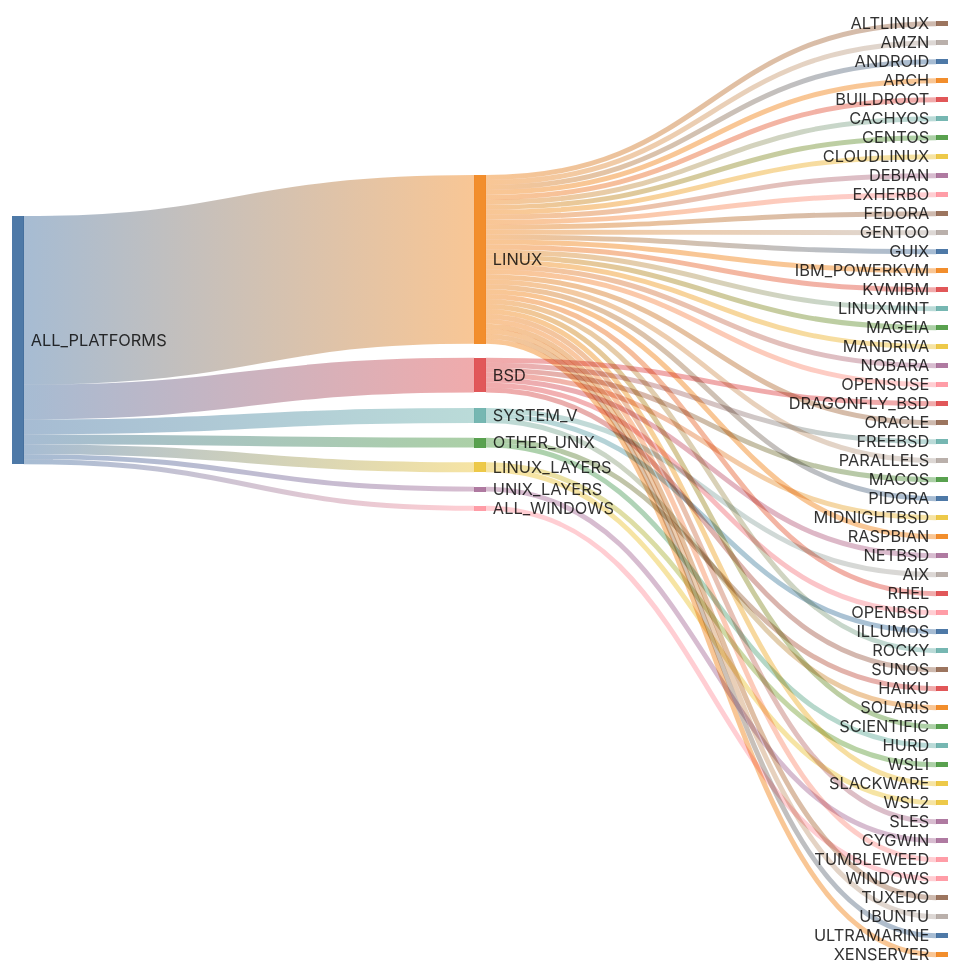
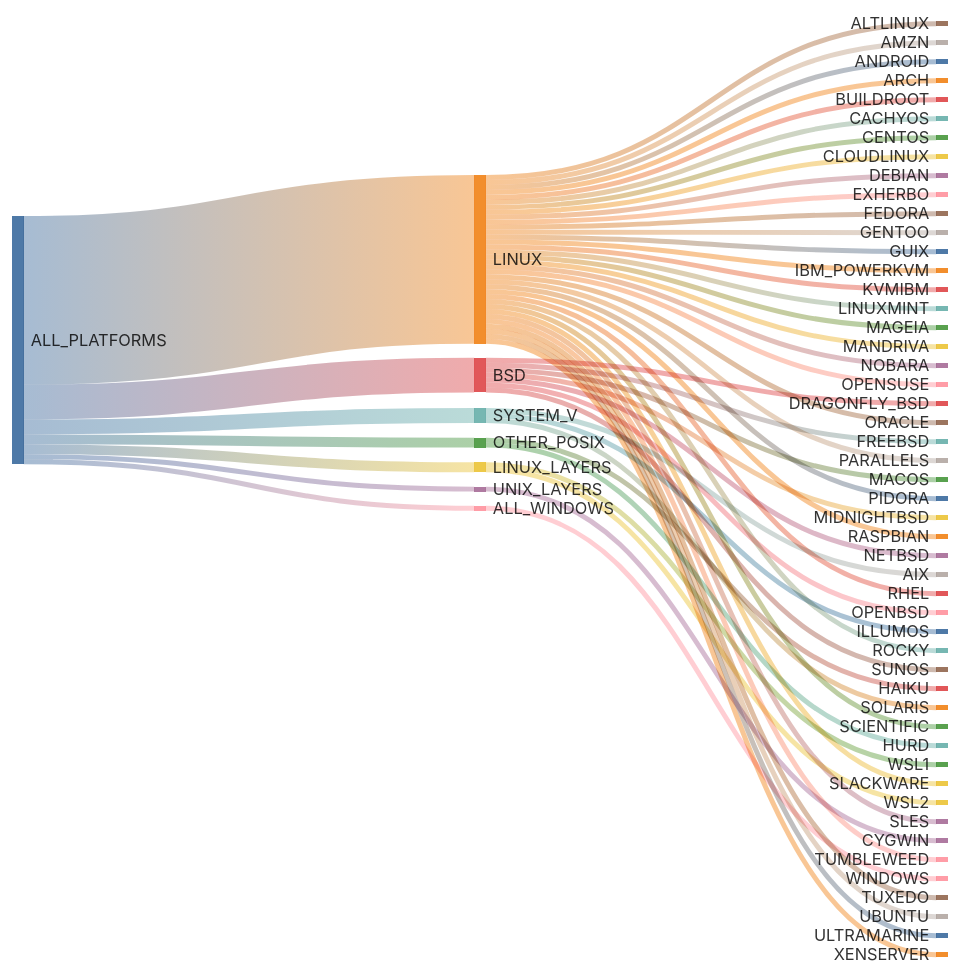
The first of 2 diagrams in docs/platforms.md (kdeldycke/extra-platforms), drawn with Mermaid before and after one commit. The commit also changed other lines of this file and 10 other files, not shown here.

Commit message:
Rename `OTHER_UNIX` to `OTHER_POSIX`

````diff
--- a/docs/platforms.md
+++ b/docs/platforms.md
@@ -148,64 +148,64 @@
 ```mermaid
 ---
 config: {"sankey": {"showValues": false, "width": 800, "height": 800}}
 ---
 sankey-beta
 
 ALL_PLATFORMS,LINUX,34
 ALL_PLATFORMS,BSD,7
 ALL_PLATFORMS,SYSTEM_V,3
-ALL_PLATFORMS,OTHER_UNIX,2
+ALL_PLATFORMS,OTHER_POSIX,2
 ALL_PLATFORMS,LINUX_LAYERS,2
 ALL_PLATFORMS,UNIX_LAYERS,1
 ALL_PLATFORMS,ALL_WINDOWS,1
 LINUX,ALTLINUX,1
 LINUX,AMZN,1
 LINUX,ANDROID,1
 LINUX,ARCH,1
 LINUX,BUILDROOT,1
 LINUX,CACHYOS,1
 LINUX,CENTOS,1
 LINUX,CLOUDLINUX,1
 LINUX,DEBIAN,1
 LINUX,EXHERBO,1
 LINUX,FEDORA,1
 LINUX,GENTOO,1
 LINUX,GUIX,1
 LINUX,IBM_POWERKVM,1
 LINUX,KVMIBM,1
 LINUX,LINUXMINT,1
 LINUX,MAGEIA,1
 LINUX,MANDRIVA,1
 LINUX,NOBARA,1
 LINUX,OPENSUSE,1
 LINUX,ORACLE,1
 LINUX,PARALLELS,1
 LINUX,PIDORA,1
 LINUX,RASPBIAN,1
 LINUX,RHEL,1
 LINUX,ROCKY,1
 LINUX,SCIENTIFIC,1
 LINUX,SLACKWARE,1
 LINUX,SLES,1
 LINUX,TUMBLEWEED,1
 LINUX,TUXEDO,1
 LINUX,UBUNTU,1
 LINUX,ULTRAMARINE,1
 LINUX,XENSERVER,1
 BSD,DRAGONFLY_BSD,1
 BSD,FREEBSD,1
 BSD,MACOS,1
 BSD,MIDNIGHTBSD,1
 BSD,NETBSD,1
 BSD,OPENBSD,1
 BSD,SUNOS,1
 SYSTEM_V,AIX,1
 SYSTEM_V,ILLUMOS,1
 SYSTEM_V,SOLARIS,1
-OTHER_UNIX,HAIKU,1
-OTHER_UNIX,HURD,1
+OTHER_POSIX,HAIKU,1
+OTHER_POSIX,HURD,1
 LINUX_LAYERS,WSL1,1
 LINUX_LAYERS,WSL2,1
 UNIX_LAYERS,CYGWIN,1
 ALL_WINDOWS,WINDOWS,1
 ```
````
